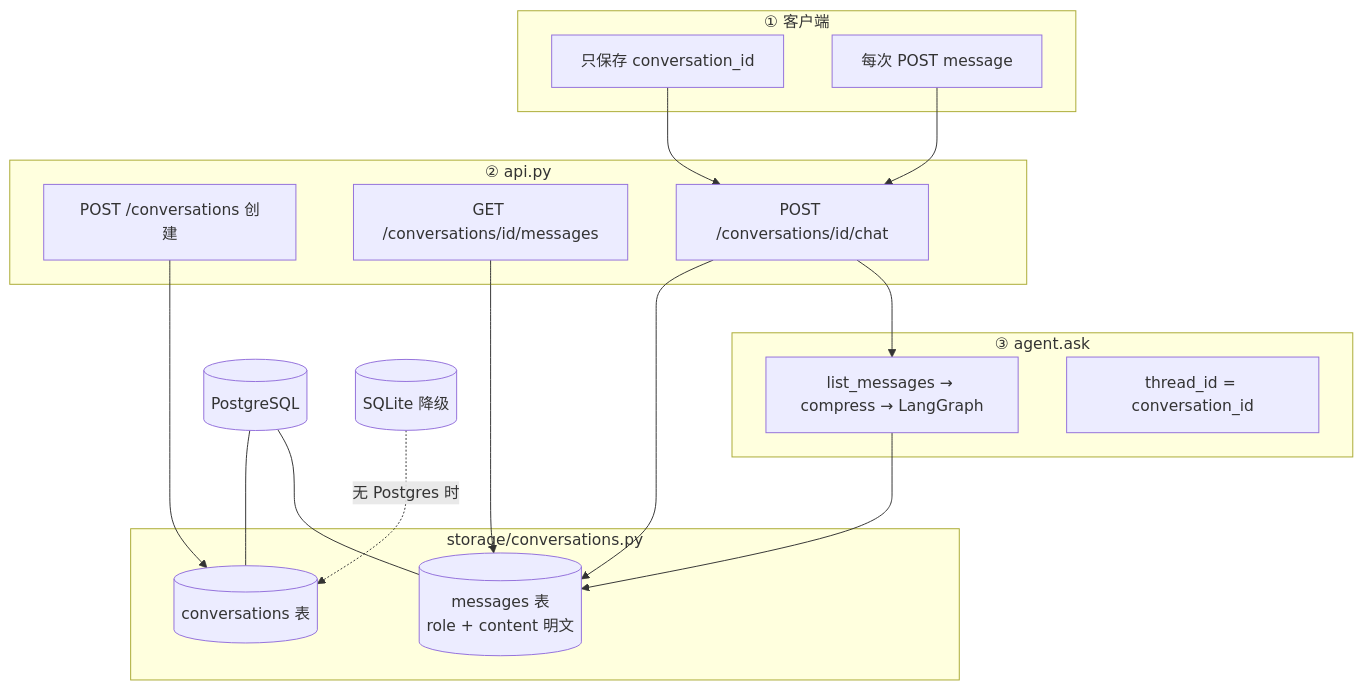
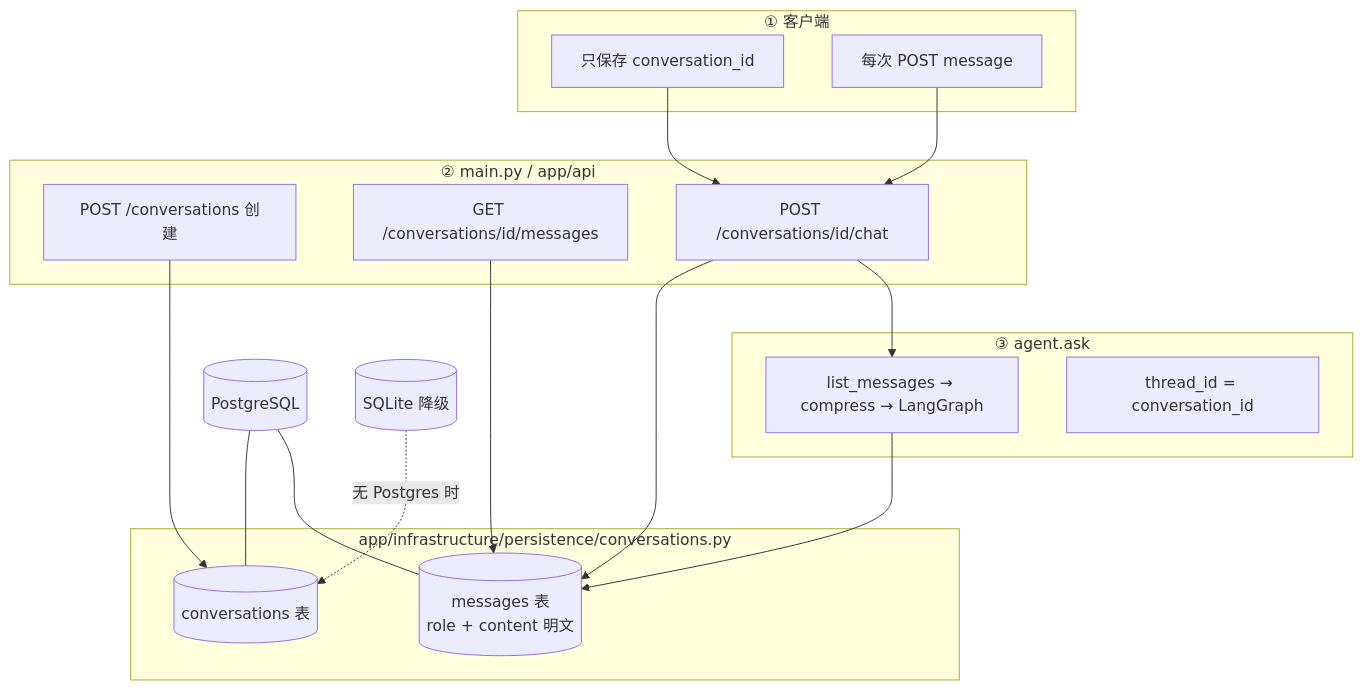
One commit to charlie-chann/ai-agent-langgraph-main changed diagram 21 of 21 in project_00_rag_agent/docs/architecture.md. Above: the diagram before and after it, drawn with Mermaid. The commit also changed other lines of this file and 116 other files, not shown here.

Commit message:
refactor(project_00): 重构为 app 分层架构（API/agent/graph）

````diff
--- a/project_00_rag_agent/docs/architecture.md
+++ b/project_00_rag_agent/docs/architecture.md
@@ -987,35 +982,35 @@
 ```mermaid
 flowchart TD
     subgraph Client["① 客户端"]
         C1[只保存 conversation_id]
         C2[每次 POST message]
     end
 
-    subgraph API["② api.py"]
+    subgraph API["② main.py / app/api"]
         A1[POST /conversations 创建]
         A2[GET /conversations/id/messages]
         A3[POST /conversations/id/chat]
     end
 
-    subgraph Store["storage/conversations.py"]
+    subgraph Store["app/infrastructure/persistence/conversations.py"]
         S1[(conversations 表)]
         S2[(messages 表<br/>role + content 明文)]
     end
 
     subgraph Agent["③ agent.ask"]
         G1[list_messages → compress → LangGraph]
         G2[thread_id = conversation_id]
     end
 
     C1 --> A3
     C2 --> A3
     A1 --> S1
     A3 --> S2
     A3 --> G1
     G1 --> S2
     A2 --> S2
 
     PG[(PostgreSQL)] --- S1
     PG --- S2
     SQLITE[(SQLite 降级)] -.->|无 Postgres 时| S1
 ```
````
